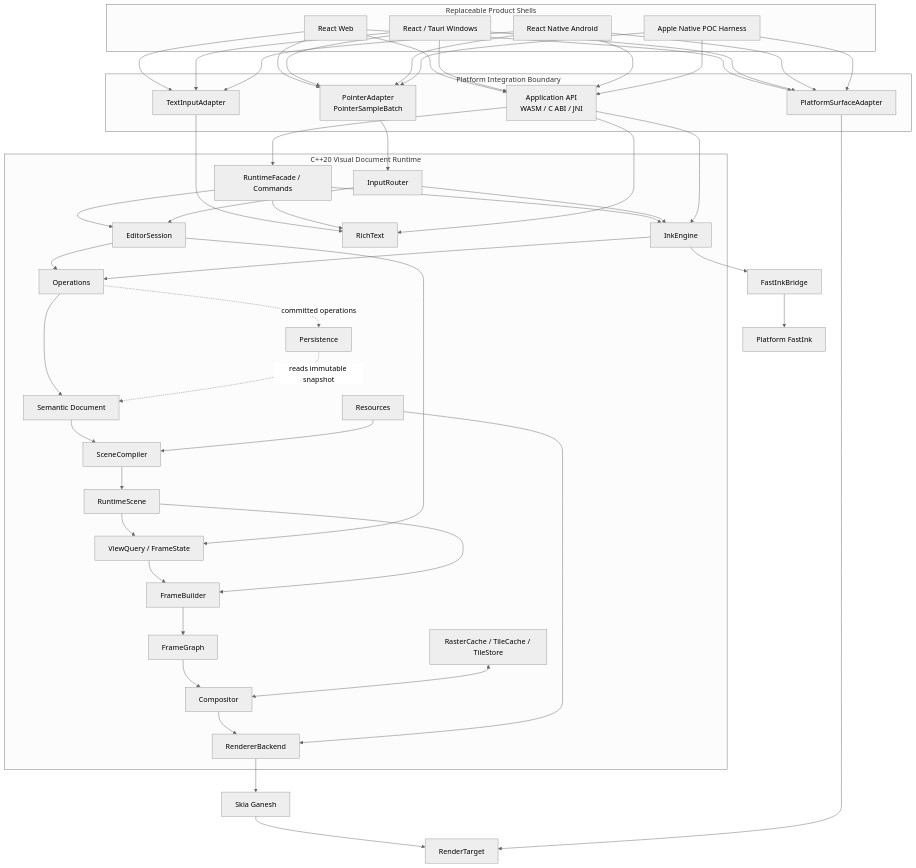
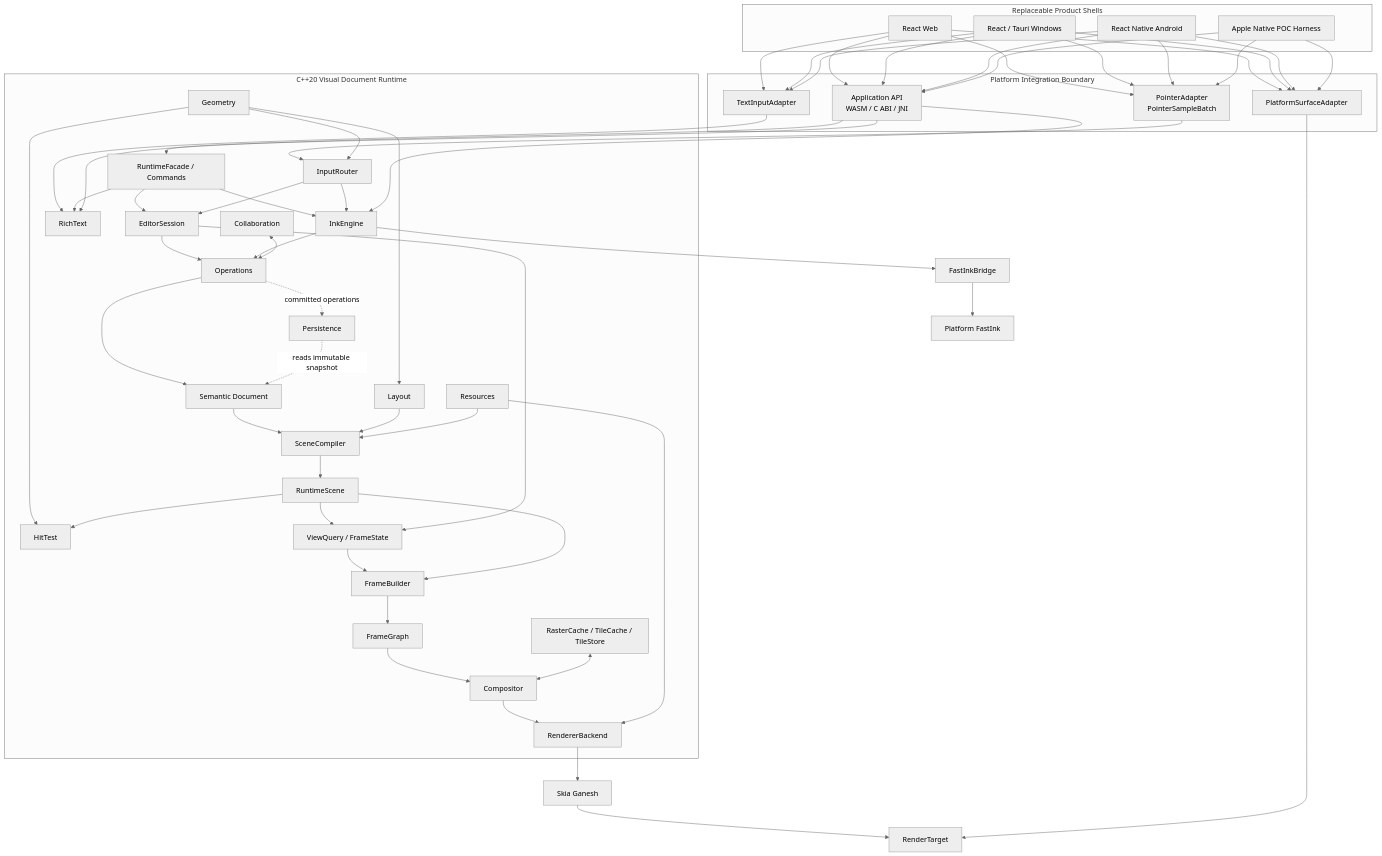
One commit to Mostorm-Labs/Axiom changed the first of 2 diagrams in docs/PROJECT_FRAMEWORK.md. Above: the diagram before and after it, drawn with Mermaid (neutral theme). The commit also changed other lines of this file and 9 other files, not shown here.

````diff
--- a/docs/PROJECT_FRAMEWORK.md
+++ b/docs/PROJECT_FRAMEWORK.md
@@ -97,11 +100,14 @@
   subgraph Runtime["C++20 Visual Document Runtime"]
     Facade["RuntimeFacade / Commands"]
     Input["InputRouter"]
+    Geometry["Geometry"]
     Doc["Semantic Document"]
     Ops["Operations"]
     Editor["EditorSession"]
     Text["RichText"]
     Ink["InkEngine"]
+    Layout["Layout"]
+    HitTest["HitTest"]
     Compiler["SceneCompiler"]
     Scene["RuntimeScene"]
     View["ViewQuery / FrameState"]
@@ -112,6 +118,7 @@
     Cache["RasterCache / TileCache / TileStore"]
     Resources["Resources"]
     Persistence["Persistence"]
+    Collaboration["Collaboration"]
   end
 
   Skia["Skia Ganesh"]
@@ -142,10 +149,15 @@
   Facade --> Ink
   Input --> Editor
   Input --> Ink
+  Geometry --> Input
+  Geometry --> Layout
+  Geometry --> HitTest
   Editor --> Ops
   Ops --> Doc
   Doc --> Compiler
   Compiler --> Scene
+  Layout --> Compiler
+  Scene --> HitTest
   Scene --> View
   Editor --> View
   View --> Builder
@@ -166,4 +178,5 @@
   Resources --> Renderer
   Persistence -.->|reads immutable snapshot| Doc
   Ops -.->|committed operations| Persistence
+  Collaboration <--> Ops
 ```
````
